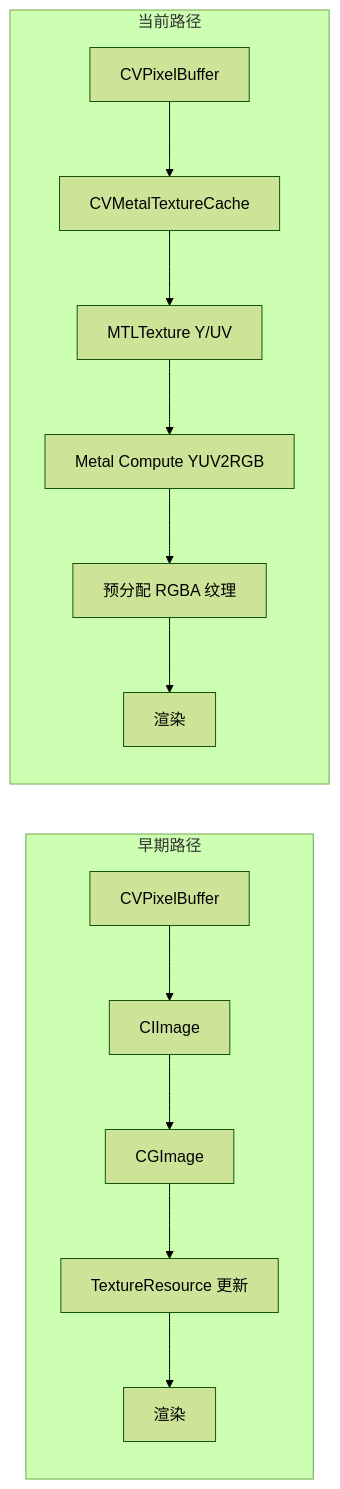
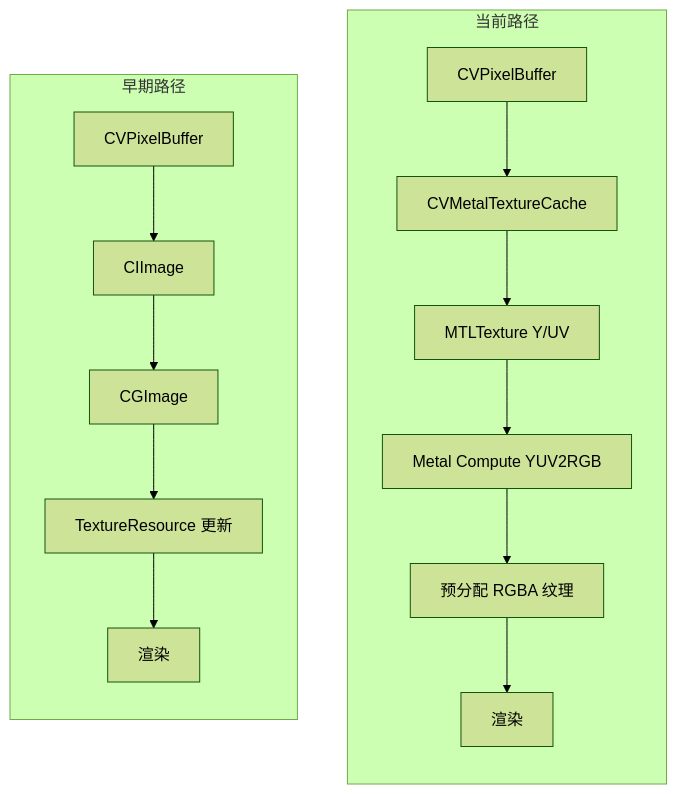
The third of 3 diagrams in README.md (Voltline/HumanoidRenderer), drawn with Mermaid (forest theme) before and after one commit.

Commit message:
readme: 修改一些排版

````diff
--- a/README.md
+++ b/README.md
@@ -129,17 +129,21 @@
 ```mermaid
 flowchart LR
 	subgraph Before[早期路径]
+		direction TB
 		A[CVPixelBuffer] --> B[CIImage]
 		B --> C[CGImage]
 		C --> D[TextureResource 更新]
 		D --> E[渲染]
 	end
 
 	subgraph After[当前路径]
+		direction TB
 		A2[CVPixelBuffer] --> F[CVMetalTextureCache]
 		F --> G[MTLTexture Y/UV]
 		G --> H[Metal Compute YUV2RGB]
 		H --> I[预分配 RGBA 纹理]
 		I --> E2[渲染]
 	end
+
+	Before ~~~ After
 ```
````
